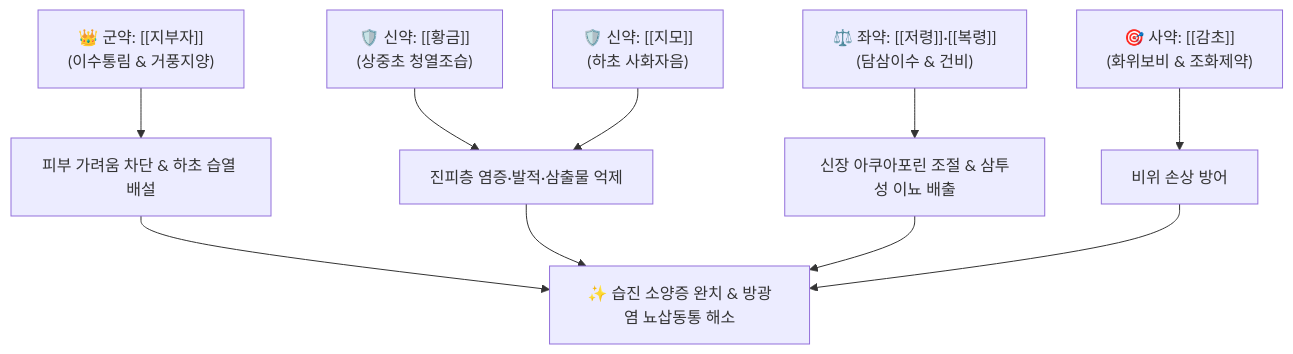
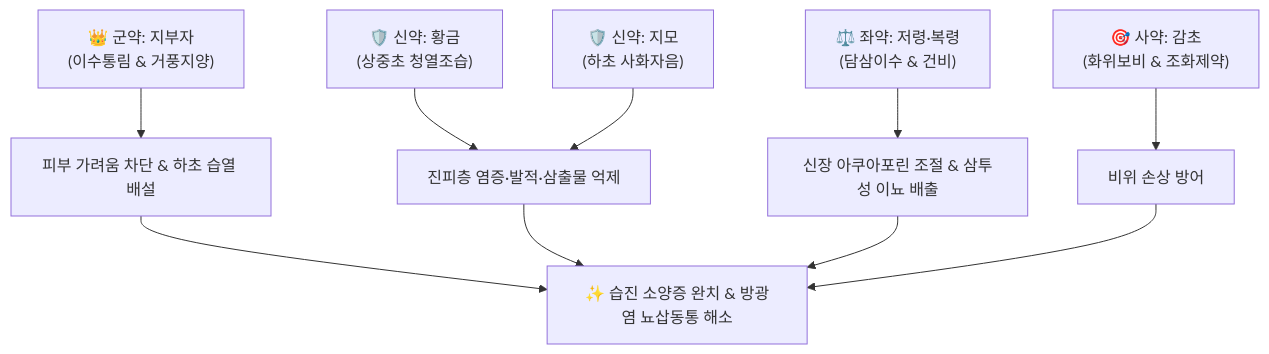
The diagram in content/2. 약리 공부/처방/03_화담·거습·이수제/지부자탕.md (simbio11/simbio-digital-garden2), drawn with Mermaid before and after one commit. The commit also changed other lines of this file and 122 other files, not shown here.

````diff
--- a/content/2. 약리 공부/처방/03_화담·거습·이수제/지부자탕.md
+++ b/content/2. 약리 공부/처방/03_화담·거습·이수제/지부자탕.md
@@ -54,12 +54,12 @@
 ```mermaid
 graph TD
-    Gun["👑 군약: [[지부자]]<br>(이수통림 & 거풍지양)"] --> Action["피부 가려움 차단 & 하초 습열 배설"]
-    Sin1["🛡️ 신약: [[황금]]<br>(상중초 청열조습)"] --> Clear["진피층 염증·발적·삼출물 억제"]
-    Sin2["🛡️ 신약: [[지모]]<br>(하초 사화자음)"] --> Clear
-    Jwa1["⚖️ 좌약: [[저령]]·[[복령]]<br>(담삼이수 & 건비)"] --> Drain["신장 아쿠아포린 조절 & 삼투성 이뇨 배출"]
-    Sa["🎯 사약: [[감초]]<br>(화위보비 & 조화제약)"] --> Protect["비위 손상 방어"]
+    Gun["👑 군약: 지부자<br>(이수통림 & 거풍지양)"] --> Action["피부 가려움 차단 & 하초 습열 배설"]
+    Sin1["🛡️ 신약: 황금<br>(상중초 청열조습)"] --> Clear["진피층 염증·발적·삼출물 억제"]
+    Sin2["🛡️ 신약: 지모<br>(하초 사화자음)"] --> Clear
+    Jwa1["⚖️ 좌약: 저령·복령<br>(담삼이수 & 건비)"] --> Drain["신장 아쿠아포린 조절 & 삼투성 이뇨 배출"]
+    Sa["🎯 사약: 감초<br>(화위보비 & 조화제약)"] --> Protect["비위 손상 방어"]
     Action --> Target["✨ 습진 소양증 완치 & 방광염 뇨삽동통 해소"]
     Clear --> Target
     Drain --> Target
     Protect --> Target
 ```
````
